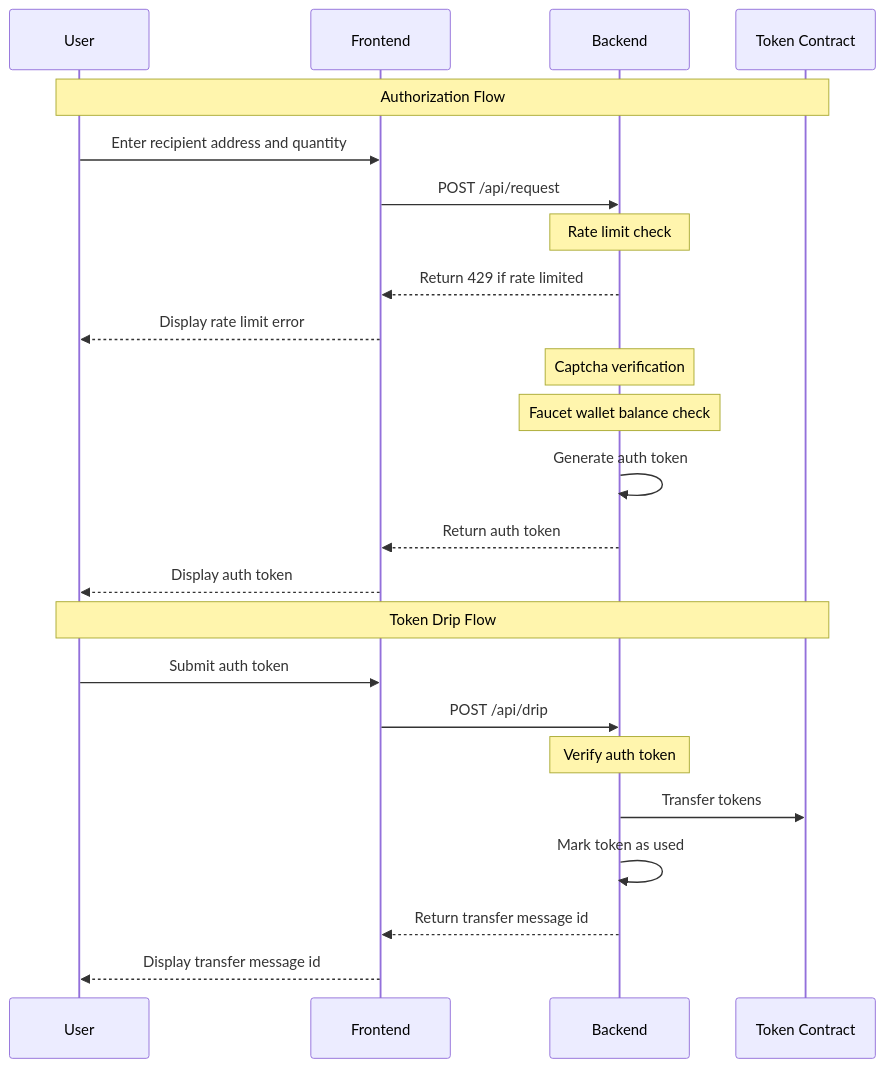
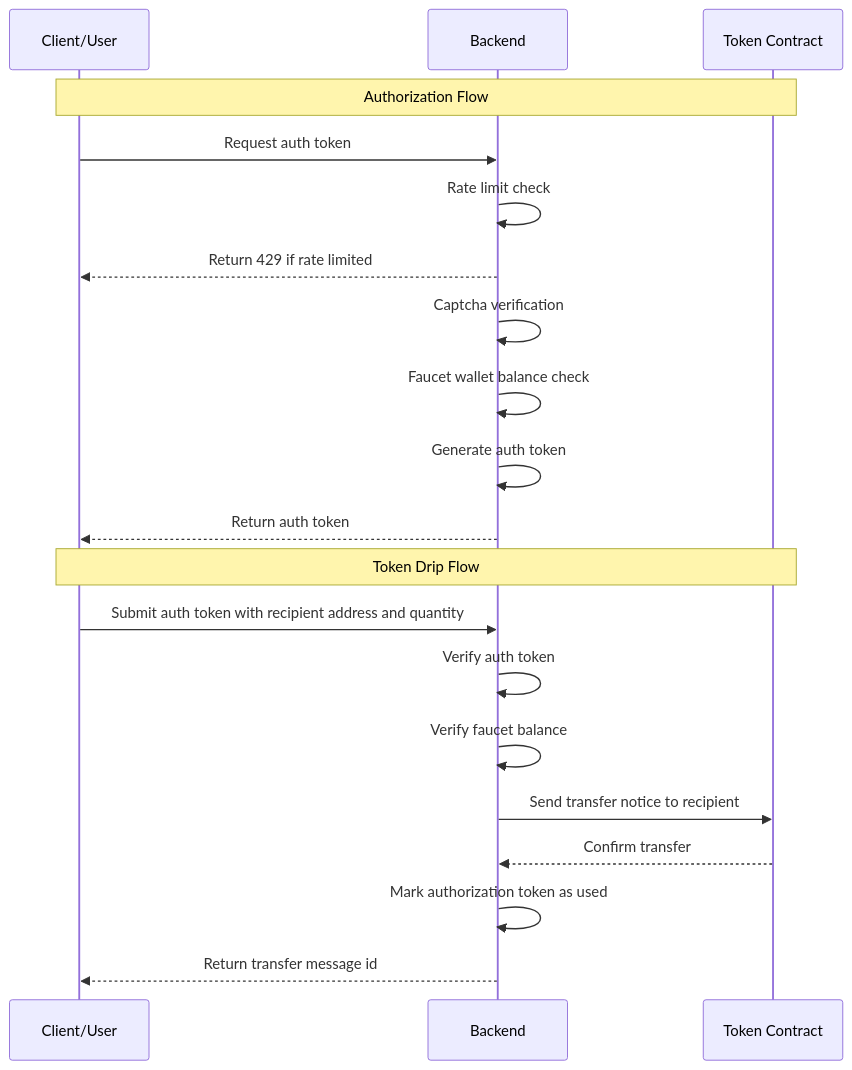
One commit to ar-io/ar-io-faucet changed the diagram in README.md. Above: the diagram before and after it, drawn with Mermaid. The commit also changed other lines of this file and 4 other files, not shown here.

Commit message:
fix(api): support providing qty and recipient on drip, auth token just returns token

````diff
--- a/README.md
+++ b/README.md
@@ -7,28 +7,24 @@
 ```mermaid
 sequenceDiagram
-    participant User
-    participant Frontend
+    participant Client/User
     participant Backend
     participant Token Contract
 
-    Note over User,Token Contract: Authorization Flow
-    User->>Frontend: Enter recipient address and quantity
-    Frontend->>Backend: POST /api/request
-    Note over Backend: Rate limit check
-    Backend-->>Frontend: Return 429 if rate limited
-    Frontend-->>User: Display rate limit error
-    Note over Backend: Captcha verification
-    Note over Backend: Faucet wallet balance check
+    Note over Client/User,Token Contract: Authorization Flow
+    Client/User->>Backend: Request auth token
+    Backend->>Backend: Rate limit check
+    Backend-->>Client/User: Return 429 if rate limited
+    Backend->>Backend: Captcha verification
+    Backend->>Backend: Faucet wallet balance check
     Backend->>Backend: Generate auth token
-    Backend-->>Frontend: Return auth token
-    Frontend-->>User: Display auth token
+    Backend-->>Client/User: Return auth token
 
-    Note over User,Token Contract: Token Drip Flow
-    User->>Frontend: Submit auth token
-    Frontend->>Backend: POST /api/drip
-    Note over Backend: Verify auth token
-    Backend->>Token Contract: Transfer tokens
-    Backend->>Backend: Mark token as used
-    Backend-->>Frontend: Return transfer message id
-    Frontend-->>User: Display transfer message id
+    Note over Client/User,Token Contract: Token Drip Flow
+    Client/User->>Backend: Submit auth token with recipient address and quantity
+    Backend->>Backend: Verify auth token
+    Backend->>Backend: Verify faucet balance
+    Backend->>Token Contract: Send transfer notice to recipient
+    Token Contract-->>Backend: Confirm transfer
+    Backend->>Backend: Mark authorization token as used
+    Backend-->>Client/User: Return transfer message id
 ```
````
